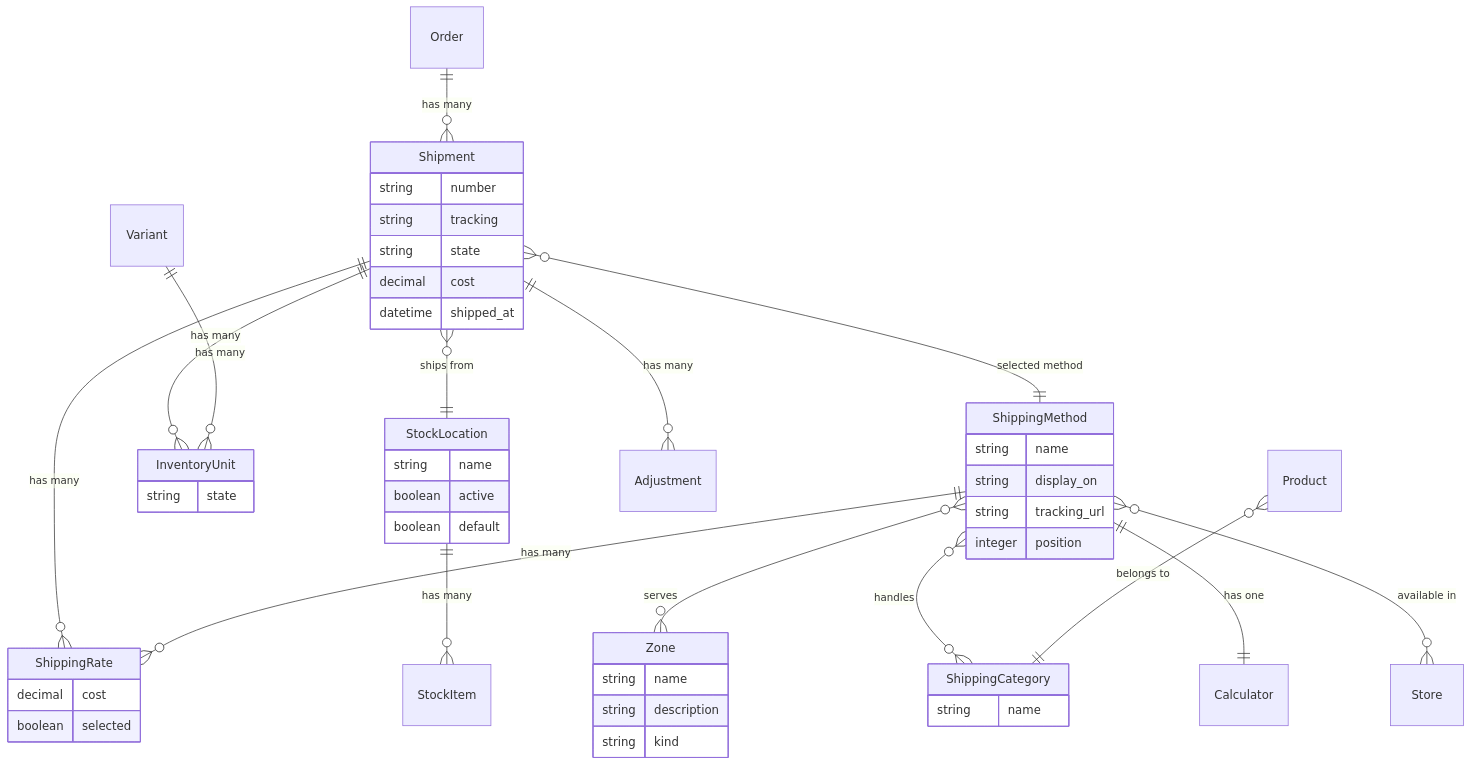
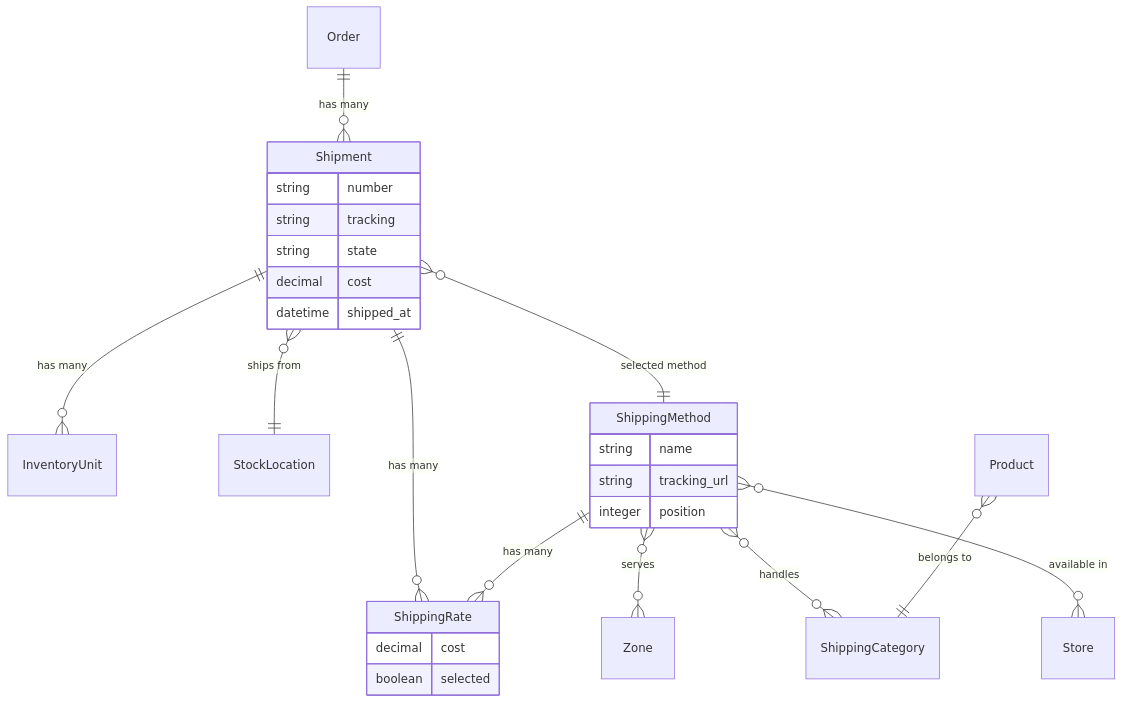
The first of 2 diagrams in docs/developer/core-concepts/shipments.mdx (spree/spree), drawn with Mermaid before and after one commit. The commit also changed other lines of this file and 21 other files, not shown here.

````diff
--- a/docs/developer/core-concepts/shipments.mdx
+++ b/docs/developer/core-concepts/shipments.mdx
@@ -9,57 +10,32 @@
 ```mermaid
 erDiagram
+    Order ||--o{ Shipment : "has many"
+    Shipment ||--o{ ShippingRate : "has many"
+    Shipment ||--o{ InventoryUnit : "has many"
+    Shipment }o--|| StockLocation : "ships from"
+    Shipment }o--|| ShippingMethod : "selected method"
+    ShippingMethod ||--o{ ShippingRate : "has many"
+    ShippingMethod }o--o{ Zone : "serves"
+    ShippingMethod }o--o{ ShippingCategory : "handles"
+    ShippingMethod }o--o{ Store : "available in"
+    Product }o--|| ShippingCategory : "belongs to"
+
     Shipment {
         string number
         string tracking
         string state
         decimal cost
         datetime shipped_at
     }
 
     ShippingMethod {
         string name
-        string display_on
         string tracking_url
         integer position
-    }
-
-    ShippingCategory {
-        string name
     }
 
     ShippingRate {
         decimal cost
         boolean selected
     }
-
-    Zone {
-        string name
-        string description
-        string kind
-    }
-
-    InventoryUnit {
-        string state
-    }
-
-    StockLocation {
-        string name
-        boolean active
-        boolean default
-    }
-
-    Order ||--o{ Shipment : "has many"
-    Shipment ||--o{ ShippingRate : "has many"
-    Shipment ||--o{ InventoryUnit : "has many"
-    Shipment }o--|| StockLocation : "ships from"
-    Shipment }o--|| ShippingMethod : "selected method"
-    Shipment ||--o{ Adjustment : "has many"
-    ShippingMethod ||--o{ ShippingRate : "has many"
-    ShippingMethod }o--o{ Zone : "serves"
-    ShippingMethod }o--o{ ShippingCategory : "handles"
-    ShippingMethod ||--|| Calculator : "has one"
-    ShippingMethod }o--o{ Store : "available in"
-    Product }o--|| ShippingCategory : "belongs to"
-    Variant ||--o{ InventoryUnit : "has many"
-    StockLocation ||--o{ StockItem : "has many"
 ```
````
